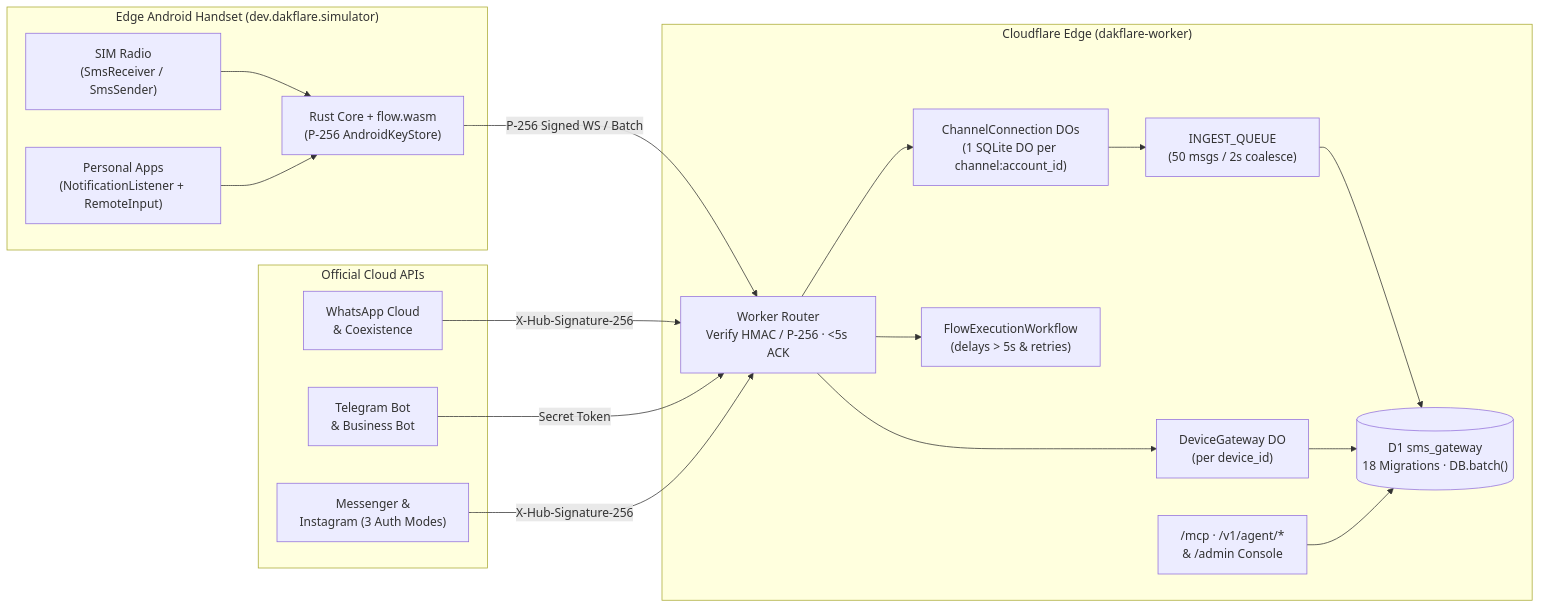
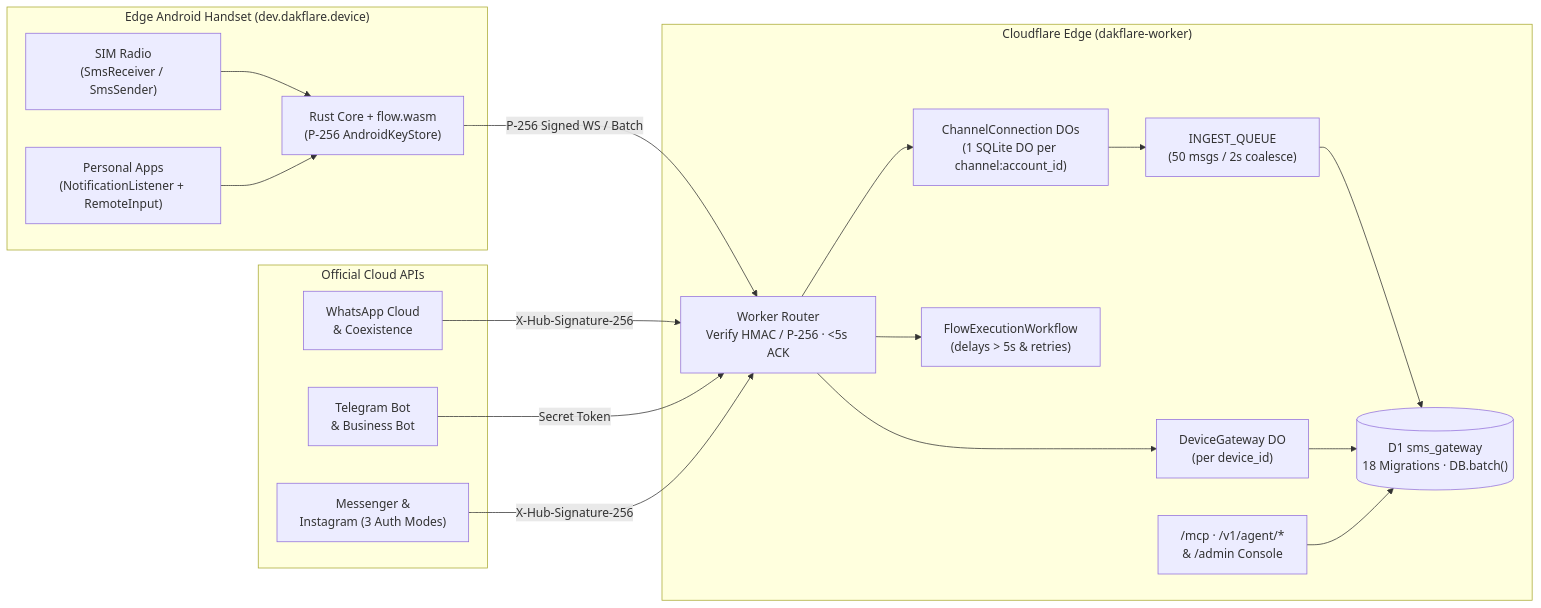
The diagram in README.md (JonyBepary/dakflare), drawn with Mermaid before and after one commit. The commit also changed 55 other files, not shown here.

First line of the commit message:
refactor(android): the package id names the device, not the simulator

````diff
--- a/README.md
+++ b/README.md
@@ -78,38 +78,38 @@
 ```mermaid
 flowchart LR
-  subgraph Edge["Edge Android Handset (dev.dakflare.simulator)"]
+  subgraph Edge["Edge Android Handset (dev.dakflare.device)"]
     SIM["SIM Radio\n(SmsReceiver / SmsSender)"]
     NOTIF["Personal Apps\n(NotificationListener + RemoteInput)"]
     CORE["Rust Core + flow.wasm\n(P-256 AndroidKeyStore)"]
     SIM --> CORE
     NOTIF --> CORE
   end
 
   subgraph Official["Official Cloud APIs"]
     WA["WhatsApp Cloud\n& Coexistence"]
     TG["Telegram Bot\n& Business Bot"]
     META["Messenger &\nInstagram (3 Auth Modes)"]
   end
 
   subgraph CF["Cloudflare Edge (dakflare-worker)"]
     ROUTER["Worker Router\nVerify HMAC / P-256 · <5s ACK"]
     DEVDO["DeviceGateway DO\n(per device_id)"]
     CONNDO["ChannelConnection DOs\n(1 SQLite DO per channel:account_id)"]
     QUEUE["INGEST_QUEUE\n(50 msgs / 2s coalesce)"]
     D1[("D1 sms_gateway\n18 Migrations · DB.batch()")]
     WF["FlowExecutionWorkflow\n(delays > 5s & retries)"]
     MCP["/mcp · /v1/agent/*\n& /admin Console"]
 
     ROUTER --> DEVDO
     ROUTER --> CONNDO
     CONNDO --> QUEUE --> D1
     DEVDO --> D1
     ROUTER --> WF
     MCP --> D1
   end
 
   CORE -- "P-256 Signed WS / Batch" --> ROUTER
   WA -- "X-Hub-Signature-256" --> ROUTER
   TG -- "Secret Token" --> ROUTER
   META -- "X-Hub-Signature-256" --> ROUTER
 ```
````
